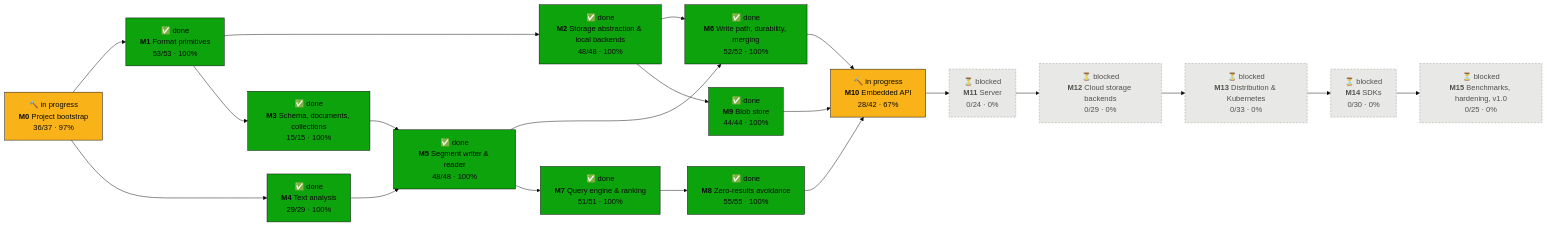
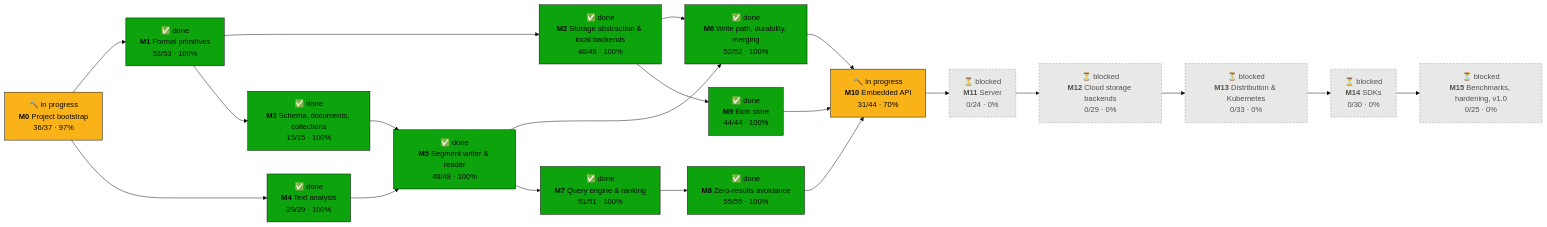
The first of 2 diagrams in PROGRESS.md (tomiok/persiaDB), drawn with Mermaid (base theme) before and after one commit. The commit also changed other lines of this file and 33 other files, not shown here.

First line of the commit message:
CLI: import, search, compact with registered analyzers, gc (ROADMAP 10.4.2, 10.4.4, 10.4.5) (#133)

````diff
--- a/PROGRESS.md
+++ b/PROGRESS.md
@@ -16,42 +16,42 @@
 ```mermaid
 flowchart LR
   M0["🔨 in progress<br/><b>M0</b> Project bootstrap<br/>36/37 · 97%"]:::doing
   M1["✅ done<br/><b>M1</b> Format primitives<br/>53/53 · 100%"]:::done
   M2["✅ done<br/><b>M2</b> Storage abstraction & local backends<br/>48/48 · 100%"]:::done
   M3["✅ done<br/><b>M3</b> Schema, documents, collections<br/>15/15 · 100%"]:::done
   M4["✅ done<br/><b>M4</b> Text analysis<br/>29/29 · 100%"]:::done
   M5["✅ done<br/><b>M5</b> Segment writer & reader<br/>48/48 · 100%"]:::done
   M6["✅ done<br/><b>M6</b> Write path, durability, merging<br/>52/52 · 100%"]:::done
   M7["✅ done<br/><b>M7</b> Query engine & ranking<br/>51/51 · 100%"]:::done
   M8["✅ done<br/><b>M8</b> Zero-results avoidance<br/>55/55 · 100%"]:::done
   M9["✅ done<br/><b>M9</b> Blob store<br/>44/44 · 100%"]:::done
-  M10["🔨 in progress<br/><b>M10</b> Embedded API<br/>28/42 · 67%"]:::doing
+  M10["🔨 in progress<br/><b>M10</b> Embedded API<br/>31/44 · 70%"]:::doing
   M11["⏳ blocked<br/><b>M11</b> Server<br/>0/24 · 0%"]:::blocked
   M12["⏳ blocked<br/><b>M12</b> Cloud storage backends<br/>0/29 · 0%"]:::blocked
   M13["⏳ blocked<br/><b>M13</b> Distribution & Kubernetes<br/>0/33 · 0%"]:::blocked
   M14["⏳ blocked<br/><b>M14</b> SDKs<br/>0/30 · 0%"]:::blocked
   M15["⏳ blocked<br/><b>M15</b> Benchmarks, hardening, v1.0<br/>0/25 · 0%"]:::blocked
   M0 --> M1
   M1 --> M2
   M1 --> M3
   M0 --> M4
   M3 --> M5
   M4 --> M5
   M2 --> M6
   M5 --> M6
   M5 --> M7
   M7 --> M8
   M2 --> M9
   M6 --> M10
   M8 --> M10
   M9 --> M10
   M10 --> M11
   M11 --> M12
   M12 --> M13
   M13 --> M14
   M14 --> M15
   classDef done fill:#0ca30c,stroke:#0b0b0b,color:#0b0b0b
   classDef doing fill:#fab219,stroke:#0b0b0b,color:#0b0b0b
   classDef ready fill:#fcfcfb,stroke:#0b0b0b,stroke-width:2px,color:#0b0b0b
   classDef blocked fill:#e8e8e6,stroke:#9a9a96,stroke-dasharray:4 3,color:#52514e
 ```
````
